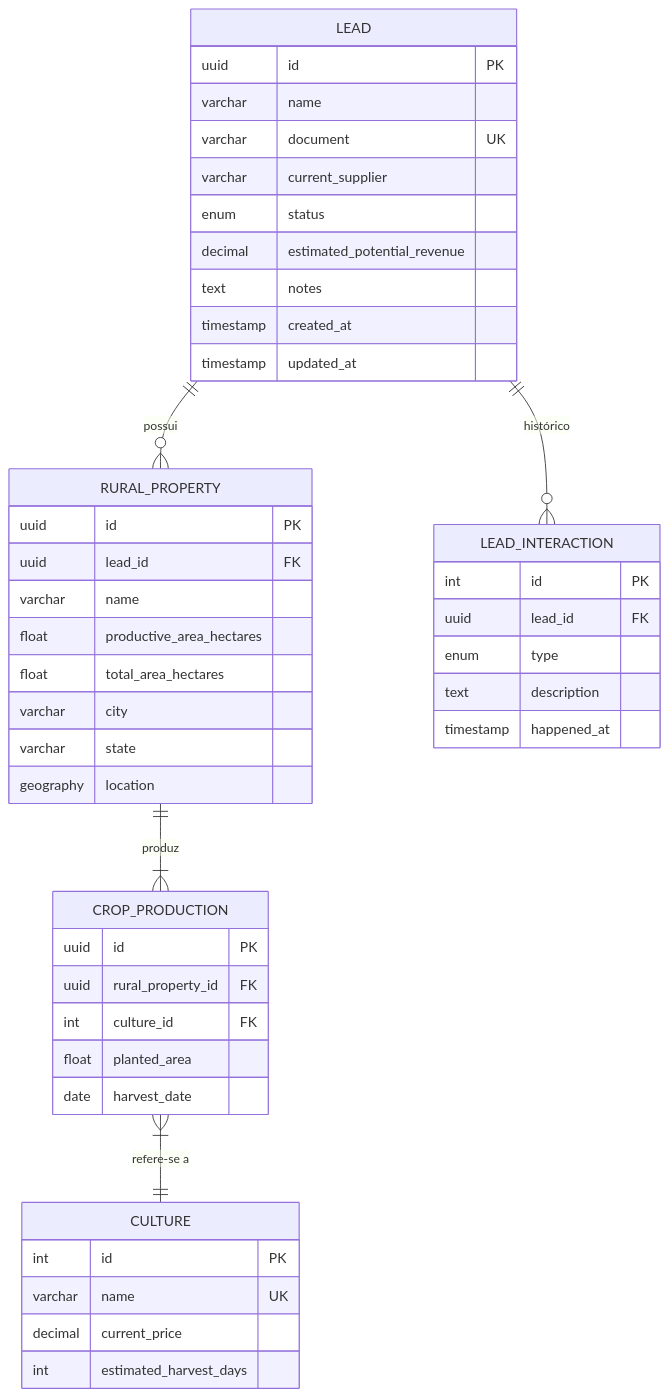
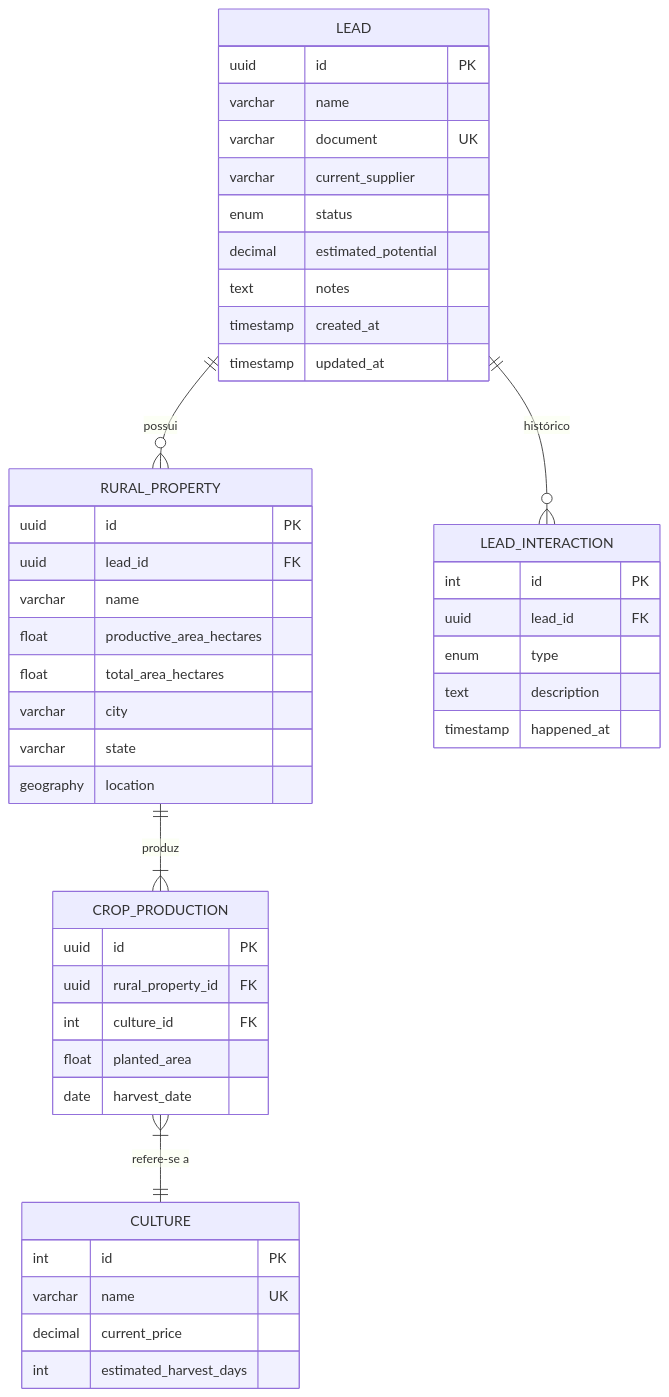
Before and after one commit to Igorjr19/tmdigital: the diagram in docs/er_diagram.md, drawn with Mermaid. The commit also changed 21 other files, not shown here.

````diff
--- a/docs/er_diagram.md
+++ b/docs/er_diagram.md
@@ -1,53 +1,53 @@
 ```mermaid
 erDiagram
     LEAD ||--o{ RURAL_PROPERTY : "possui"
     LEAD ||--o{ LEAD_INTERACTION : "histórico"
     RURAL_PROPERTY ||--|{ CROP_PRODUCTION : "produz"
     CROP_PRODUCTION }|--|| CULTURE : "refere-se a"
 
     LEAD {
         uuid id PK
         varchar name
         varchar document UK
         varchar current_supplier
         enum status
-        decimal estimated_potential_revenue
+        decimal estimated_potential
         text notes
         timestamp created_at
         timestamp updated_at
     }
 
     RURAL_PROPERTY {
         uuid id PK
         uuid lead_id FK
         varchar name
         float productive_area_hectares
         float total_area_hectares
         varchar city
         varchar state
         geography location
     }
 
     CROP_PRODUCTION {
         uuid id PK
         uuid rural_property_id FK
         int culture_id FK
         float planted_area
         date harvest_date
     }
 
     CULTURE {
         int id PK
         varchar name UK
         decimal current_price
         int estimated_harvest_days
     }
 
     LEAD_INTERACTION {
         int id PK
         uuid lead_id FK
         enum type
         text description
         timestamp happened_at
     }
 ```
````
